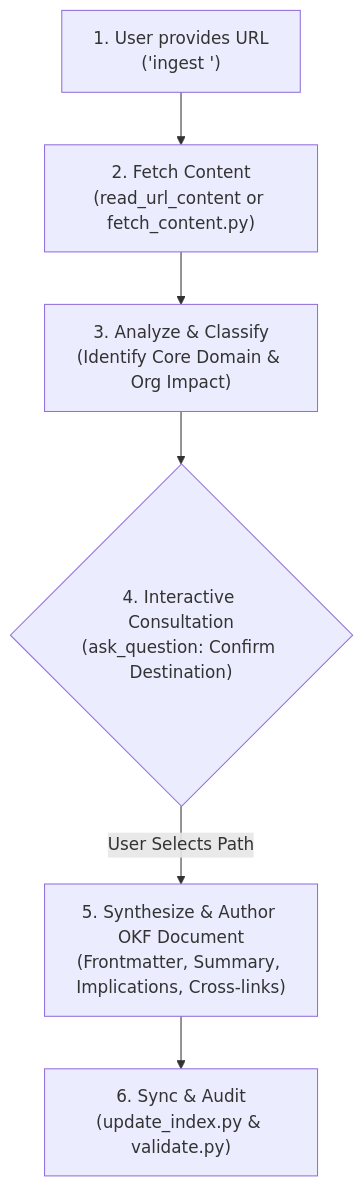
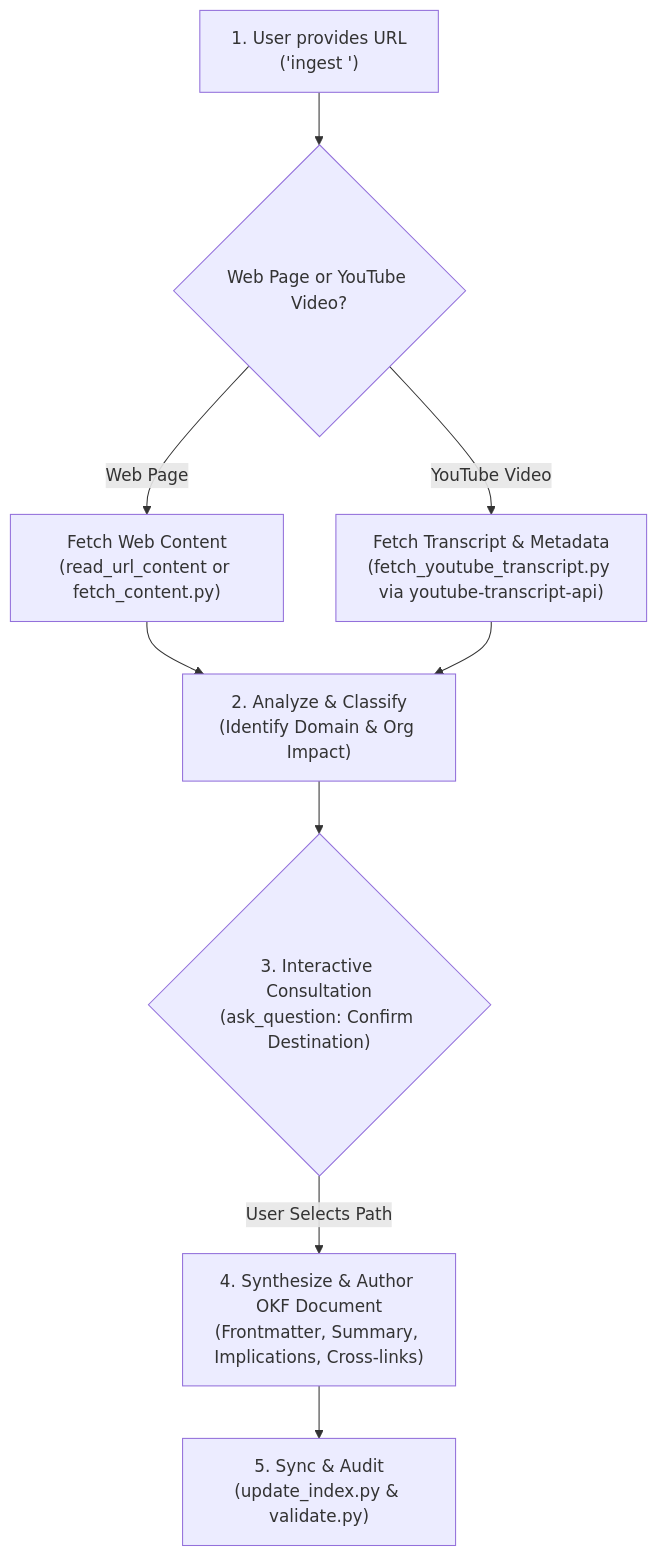
One commit to Sykes-Leonard/delta-guide changed the diagram in skills/ingest/SKILL.md. Above: the diagram before and after it, drawn with Mermaid. The commit also changed other lines of this file and 10 other files, not shown here.

Commit message:
feat(ingest): add YouTube video transcript and metadata ingestion via youtube-transcript-api

````diff
--- a/skills/ingest/SKILL.md
+++ b/skills/ingest/SKILL.md
@@ -34,8 +37,11 @@
 ```mermaid
 flowchart TD
-    A["1. User provides URL<br>('ingest <url>')"] --> B["2. Fetch Content<br>(read_url_content or fetch_content.py)"]
-    B --> C["3. Analyze & Classify<br>(Identify Core Domain & Org Impact)"]
-    C --> D{"4. Interactive Consultation<br>(ask_question: Confirm Destination)"}
-    D -->|User Selects Path| E["5. Synthesize & Author OKF Document<br>(Frontmatter, Summary, Implications, Cross-links)"]
-    E --> F["6. Sync & Audit<br>(update_index.py & validate.py)"]
+    A["1. User provides URL<br>('ingest <url>')"] --> B{"Web Page or YouTube Video?"}
+    B -->|Web Page| C["Fetch Web Content<br>(read_url_content or fetch_content.py)"]
+    B -->|YouTube Video| D["Fetch Transcript & Metadata<br>(fetch_youtube_transcript.py via youtube-transcript-api)"]
+    C --> E["2. Analyze & Classify<br>(Identify Domain & Org Impact)"]
+    D --> E
+    E --> F{"3. Interactive Consultation<br>(ask_question: Confirm Destination)"}
+    F -->|User Selects Path| G["4. Synthesize & Author OKF Document<br>(Frontmatter, Summary, Implications, Cross-links)"]
+    G --> H["5. Sync & Audit<br>(update_index.py & validate.py)"]
 ```
````
